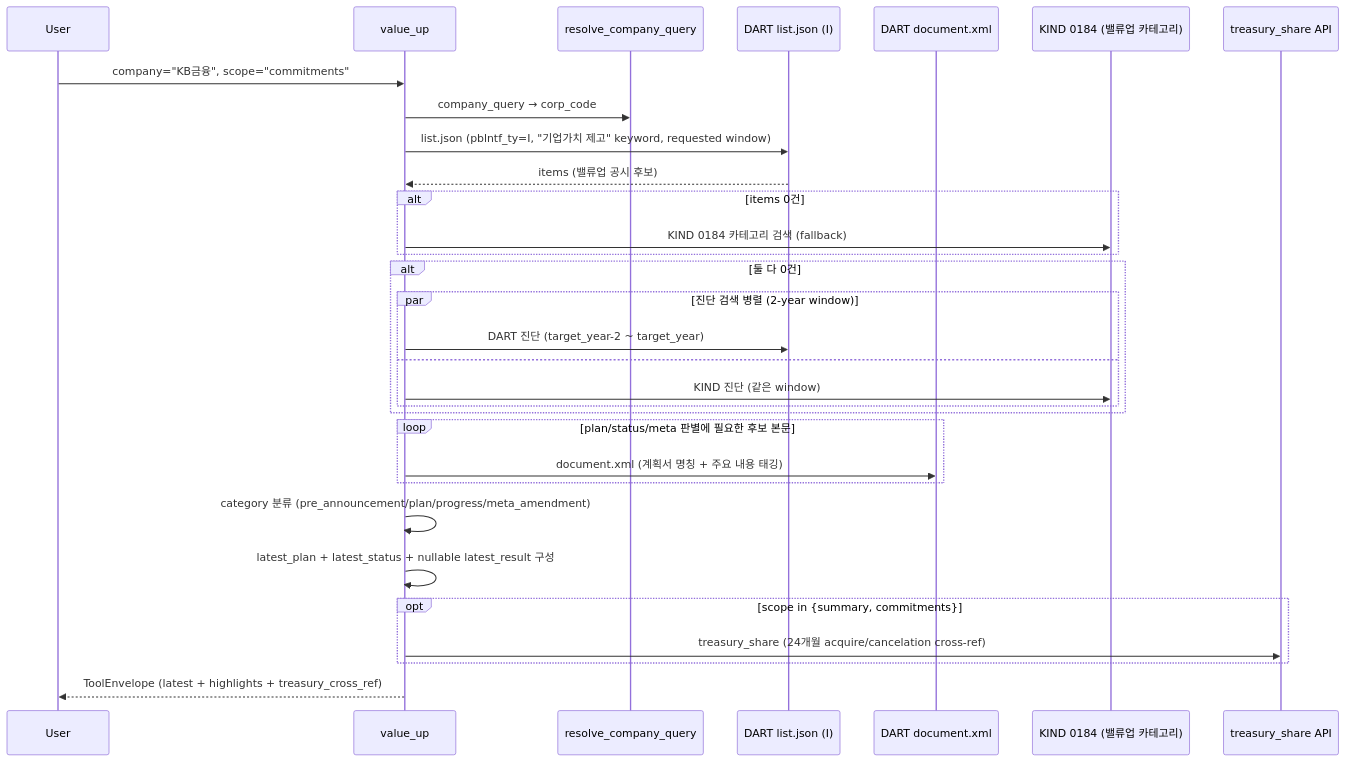
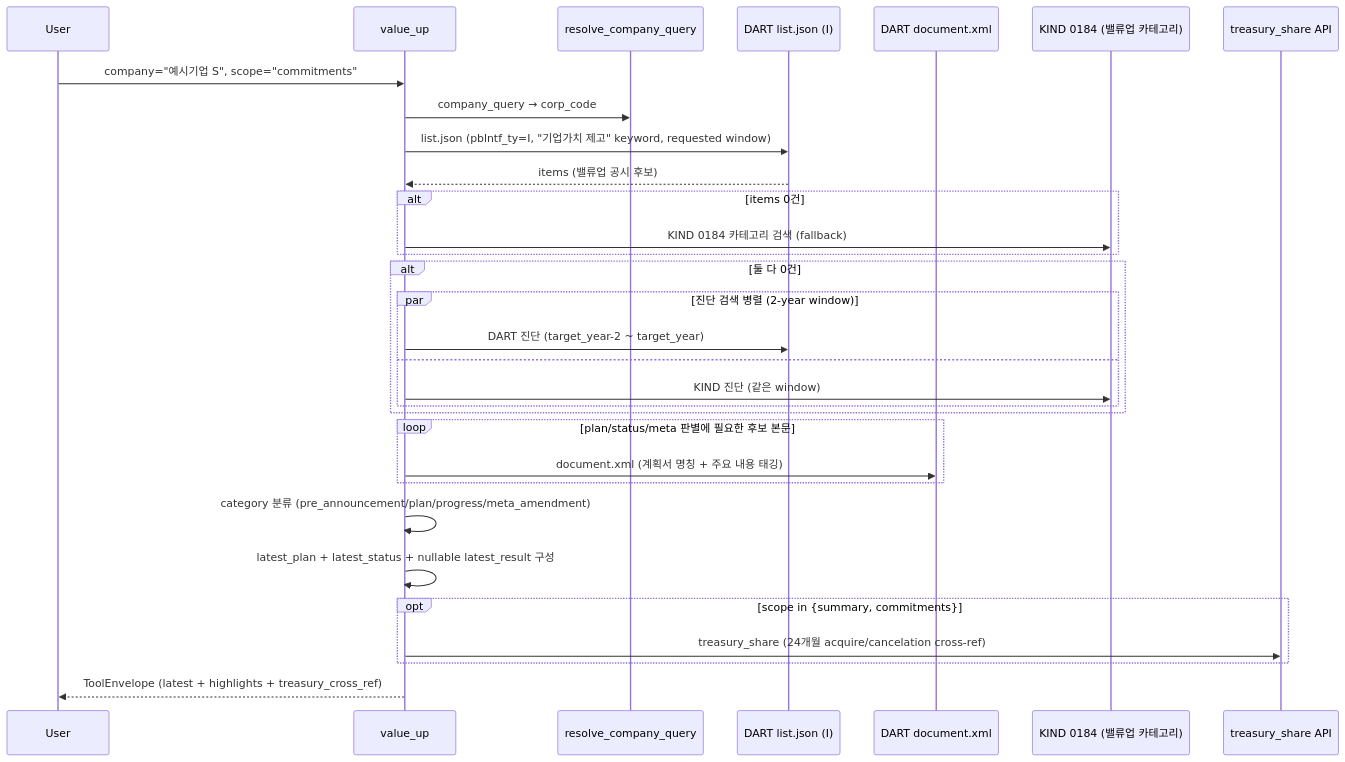
One commit to MarcoYou/open-proxy-mcp changed the diagram in wiki/tools/value_up.md. Above: the diagram before and after it, drawn with Mermaid. The commit also changed other lines of this file and 156 other files, not shown here.

````diff
--- a/wiki/tools/value_up.md
+++ b/wiki/tools/value_up.md
@@ -119,33 +121,33 @@
 ```mermaid
 sequenceDiagram
     participant U as User
     participant T as value_up
     participant R as resolve_company_query
     participant DL as DART list.json (I)
     participant DX as DART document.xml
     participant K as KIND 0184 (밸류업 카테고리)
     participant TS as treasury_share API
-    U->>T: company="KB금융", scope="commitments"
+    U->>T: company="예시기업 S", scope="commitments"
     T->>R: company_query → corp_code
     T->>DL: list.json (pblntf_ty=I, "기업가치 제고" keyword, requested window)
     DL-->>T: items (밸류업 공시 후보)
     alt items 0건
         T->>K: KIND 0184 카테고리 검색 (fallback)
     end
     alt 둘 다 0건
         par 진단 검색 병렬 (2-year window)
             T->>DL: DART 진단 (target_year-2 ~ target_year)
         and
             T->>K: KIND 진단 (같은 window)
         end
     end
     loop plan/status/meta 판별에 필요한 후보 본문
         T->>DX: document.xml (계획서 명칭 + 주요 내용 태깅)
     end
     T->>T: category 분류 (pre_announcement/plan/progress/meta_amendment)
     T->>T: latest_plan + latest_status + nullable latest_result 구성
     opt scope in {summary, commitments}
         T->>TS: treasury_share (24개월 acquire/cancelation cross-ref)
     end
     T-->>U: ToolEnvelope (latest + highlights + treasury_cross_ref)
 ```
````
